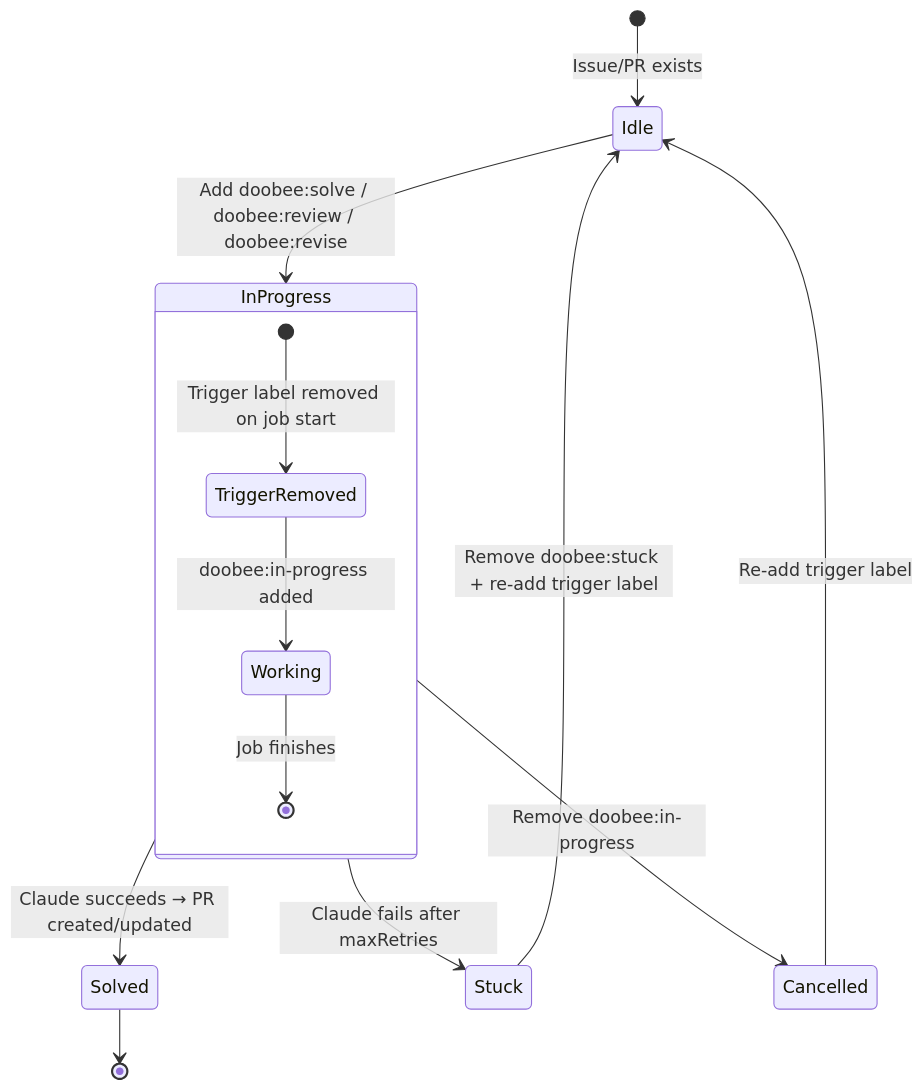
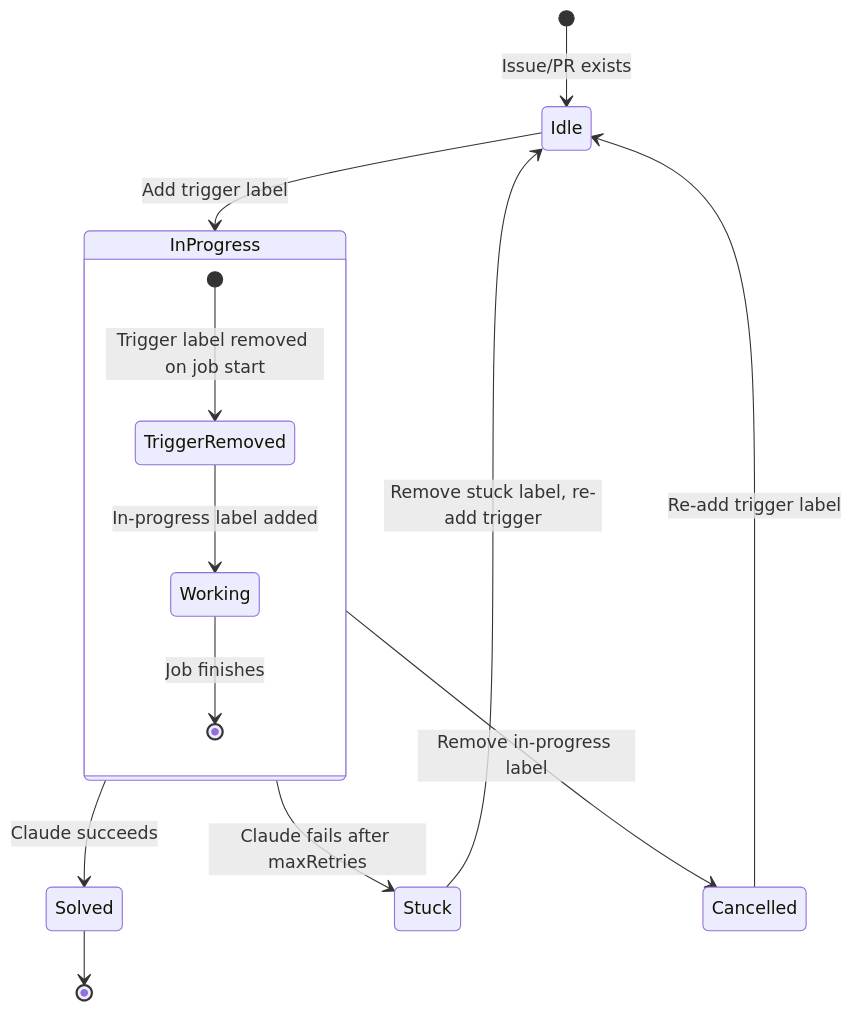
The diagram in docs/usage.md (anstapol/doobee), drawn with Mermaid before and after one commit.

Commit message:
Fix Mermaid state diagram syntax: remove colons from transition labels

````diff
--- a/docs/usage.md
+++ b/docs/usage.md
@@ -57,19 +57,19 @@
 ```mermaid
 stateDiagram-v2
     [*] --> Idle: Issue/PR exists
 
-    Idle --> InProgress: Add doobee:solve / doobee:review / doobee:revise
-    InProgress --> Solved: Claude succeeds → PR created/updated
+    Idle --> InProgress: Add trigger label
+    InProgress --> Solved: Claude succeeds
     InProgress --> Stuck: Claude fails after maxRetries
-    InProgress --> Cancelled: Remove doobee:in-progress
+    InProgress --> Cancelled: Remove in-progress label
 
     Solved --> [*]
-    Stuck --> Idle: Remove doobee:stuck + re-add trigger label
+    Stuck --> Idle: Remove stuck label, re-add trigger
     Cancelled --> Idle: Re-add trigger label
 
     state InProgress {
         [*] --> TriggerRemoved: Trigger label removed on job start
-        TriggerRemoved --> Working: doobee:in-progress added
+        TriggerRemoved --> Working: In-progress label added
         Working --> [*]: Job finishes
     }
 ```
````
